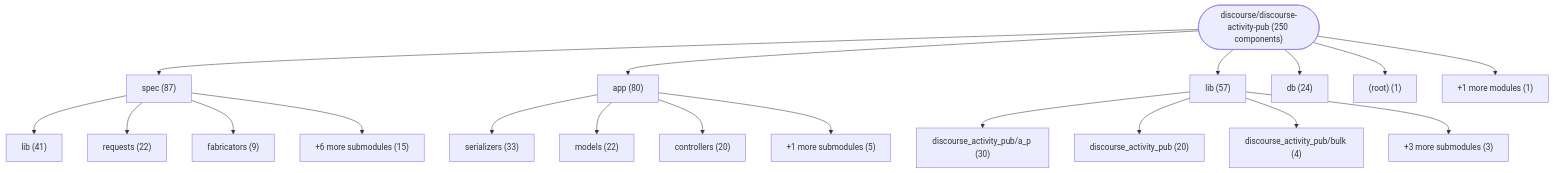
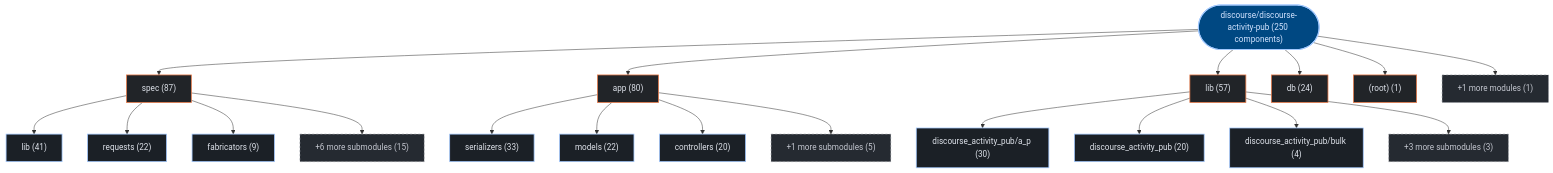
One commit to kumarshaz/atruss-code-atlas changed the first of 3 diagrams in exports/latest/reports/discourse-discourse-activity-pub-report.md. Above: the diagram before and after it, drawn with Mermaid. The commit also changed other lines of this file and 331 other files, not shown here.

Commit message:
docs,ui,fix: update SDLC docs, reorder CI/CD DAG first, stylize Mermaid, and fix Arc42 pipeline topology

````diff
--- a/exports/latest/reports/discourse-discourse-activity-pub-report.md
+++ b/exports/latest/reports/discourse-discourse-activity-pub-report.md
@@ -42,40 +42,47 @@
 ```mermaid
 graph TD;
-    repo_root(["discourse/discourse-activity-pub (250 components)"])
-    dir_0_spec["spec (87)"]
+  classDef atlasRoot fill:#004882,stroke:#a3c9ff,stroke-width:2px,color:#d3e4ff
+  classDef atlasCategory fill:#212428,stroke:#E87A48,stroke-width:1.5px,color:#dfe3eb
+  classDef atlasWorkflow fill:#1b2026,stroke:#a3c9ff,stroke-width:1.5px,color:#dfe3eb
+  classDef atlasJob fill:#171c22,stroke:#8d9199,stroke-width:1px,color:#dfe3eb
+  classDef atlasTarget fill:#005227,stroke:#8bd99b,stroke-width:1.5px,color:#a7f6b6
+  classDef atlasAlert fill:#93000a,stroke:#ffb4ab,stroke-width:1.5px,color:#ffdad6
+  classDef atlasMore fill:#252a31,stroke:#8d9199,stroke-dasharray:4 4,color:#c3c6cf
+    repo_root(["discourse/discourse-activity-pub (250 components)"]):::atlasRoot
+    dir_0_spec["spec (87)"]:::atlasCategory
     repo_root --> dir_0_spec
-    sub_0_0_lib["lib (41)"]
+    sub_0_0_lib["lib (41)"]:::atlasWorkflow
     dir_0_spec --> sub_0_0_lib
-    sub_0_1_requests["requests (22)"]
+    sub_0_1_requests["requests (22)"]:::atlasWorkflow
     dir_0_spec --> sub_0_1_requests
-    sub_0_2_fabricators["fabricators (9)"]
+    sub_0_2_fabricators["fabricators (9)"]:::atlasWorkflow
     dir_0_spec --> sub_0_2_fabricators
-    sub_0_more["+6 more submodules (15)"]
+    sub_0_more["+6 more submodules (15)"]:::atlasMore
     dir_0_spec --> sub_0_more
-    dir_1_app["app (80)"]
+    dir_1_app["app (80)"]:::atlasCategory
     repo_root --> dir_1_app
-    sub_1_0_serializers["serializers (33)"]
+    sub_1_0_serializers["serializers (33)"]:::atlasWorkflow
     dir_1_app --> sub_1_0_serializers
-    sub_1_1_models["models (22)"]
+    sub_1_1_models["models (22)"]:::atlasWorkflow
     dir_1_app --> sub_1_1_models
-    sub_1_2_controllers["controllers (20)"]
+    sub_1_2_controllers["controllers (20)"]:::atlasWorkflow
     dir_1_app --> sub_1_2_controllers
-    sub_1_more["+1 more submodules (5)"]
+    sub_1_more["+1 more submodules (5)"]:::atlasMore
     dir_1_app --> sub_1_more
-    dir_2_lib["lib (57)"]
+    dir_2_lib["lib (57)"]:::atlasCategory
     repo_root --> dir_2_lib
-    sub_2_0_discourse_activity_pub_a_p["discourse_activity_pub/a_p (30)"]
+    sub_2_0_discourse_activity_pub_a_p["discourse_activity_pub/a_p (30)"]:::atlasWorkflow
     dir_2_lib --> sub_2_0_discourse_activity_pub_a_p
-    sub_2_1_discourse_activity_pub["discourse_activity_pub (20)"]
+    sub_2_1_discourse_activity_pub["discourse_activity_pub (20)"]:::atlasWorkflow
     dir_2_lib --> sub_2_1_discourse_activity_pub
-    sub_2_2_discourse_activity_pub_bulk["discourse_activity_pub/bulk (4)"]
+    sub_2_2_discourse_activity_pub_bulk["discourse_activity_pub/bulk (4)"]:::atlasWorkflow
     dir_2_lib --> sub_2_2_discourse_activity_pub_bulk
-    sub_2_more["+3 more submodules (3)"]
+    sub_2_more["+3 more submodules (3)"]:::atlasMore
     dir_2_lib --> sub_2_more
-    dir_3_db["db (24)"]
+    dir_3_db["db (24)"]:::atlasCategory
     repo_root --> dir_3_db
-    dir_4__root_["(root) (1)"]
+    dir_4__root_["(root) (1)"]:::atlasCategory
     repo_root --> dir_4__root_
-    dir_other_modules["+1 more modules (1)"]
+    dir_other_modules["+1 more modules (1)"]:::atlasMore
     repo_root --> dir_other_modules
 ```
````
